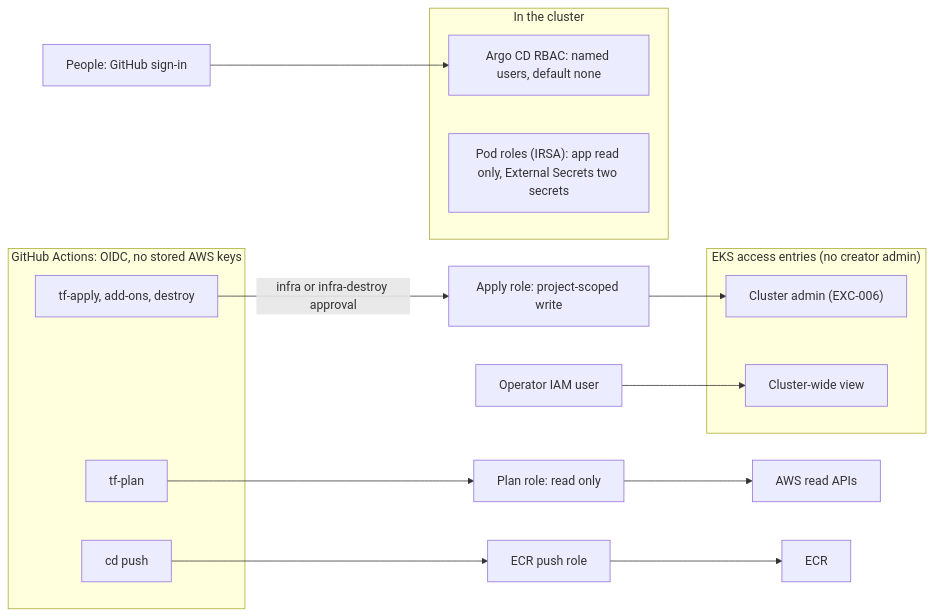
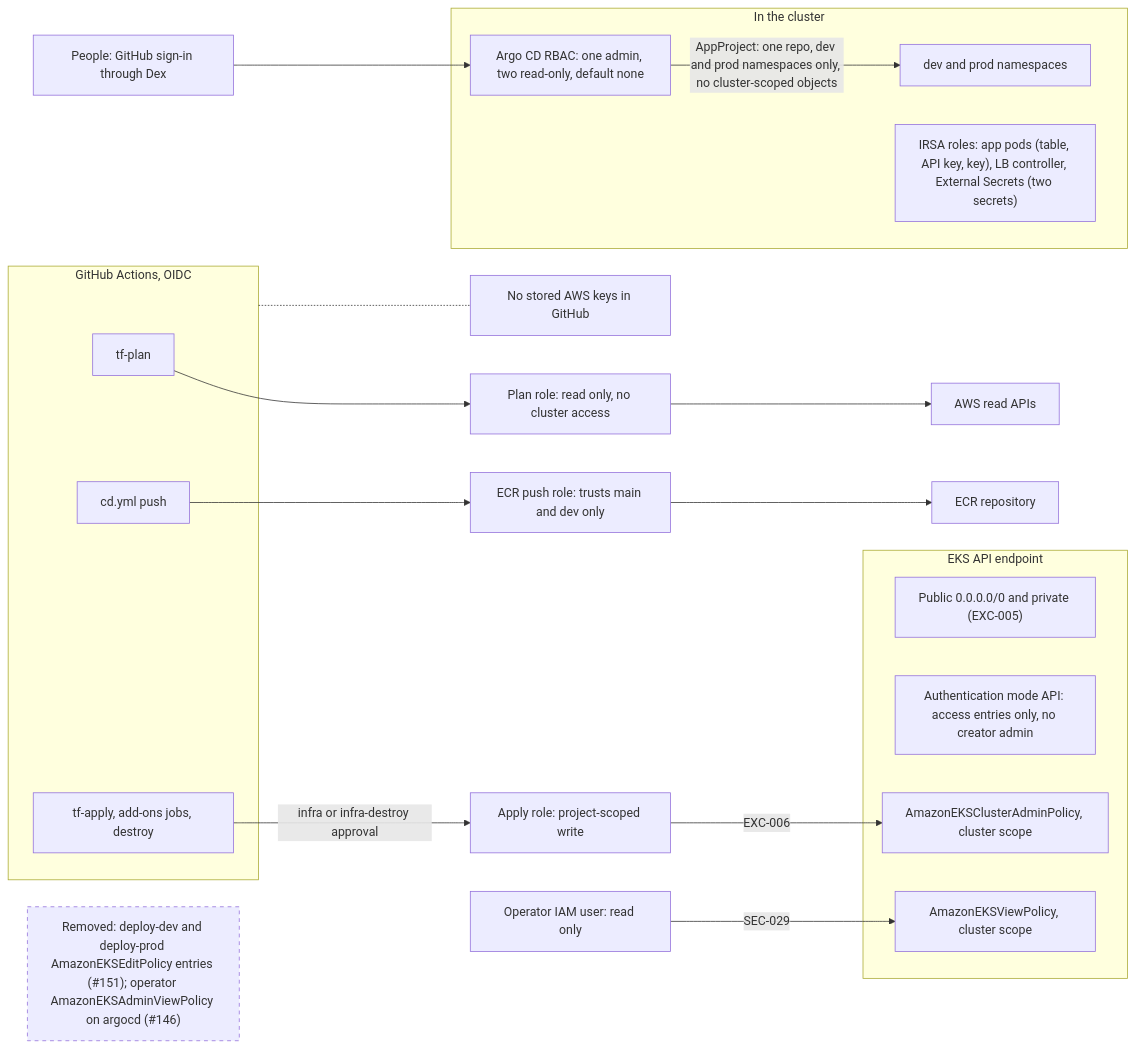
The fifth of 5 diagrams in docs/architecture.md (zeinhaidara/healthcare-eks-secops), drawn with Mermaid before and after one commit. The commit also changed other lines of this file and 2 other files, not shown here.

First line of the commit message:
docs: restore architecture detail and redraw diagrams to current state

````diff
--- a/docs/architecture.md
+++ b/docs/architecture.md
@@ -108,31 +156,40 @@
 ```mermaid
 flowchart LR
-    subgraph gha["GitHub Actions: OIDC, no stored AWS keys"]
+    subgraph gha["GitHub Actions, OIDC"]
         jplan["tf-plan"]
-        japply["tf-apply, add-ons, destroy"]
-        jpush["cd push"]
+        japply["tf-apply, add-ons jobs, destroy"]
+        jpush["cd.yml push"]
     end
 
-    planrole["Plan role: read only"]
+    keys["No stored AWS keys in GitHub"]
+    planrole["Plan role: read only, no cluster access"]
     applyrole["Apply role: project-scoped write"]
-    pushrole["ECR push role"]
-    operator["Operator IAM user"]
-    people["People: GitHub sign-in"]
+    pushrole["ECR push role: trusts main and dev only"]
+    operator["Operator IAM user: read only"]
+    people["People: GitHub sign-in through Dex"]
 
+    gha -.- keys
     jplan --> planrole --> awsread["AWS read APIs"]
     japply -- "infra or infra-destroy approval" --> applyrole
-    jpush --> pushrole --> ecr["ECR"]
+    jpush --> pushrole --> ecr["ECR repository"]
 
-    subgraph eksapi["EKS access entries (no creator admin)"]
-        admin["Cluster admin (EXC-006)"]
-        view["Cluster-wide view"]
+    subgraph eksapi["EKS API endpoint"]
+        ep["Public 0.0.0.0/0 and private (EXC-005)"]
+        authn["Authentication mode API: access entries only, no creator admin"]
+        admin["AmazonEKSClusterAdminPolicy, cluster scope"]
+        view["AmazonEKSViewPolicy, cluster scope"]
     end
-    applyrole --> admin
-    operator --> view
+    applyrole -- "EXC-006" --> admin
+    operator -- "SEC-029" --> view
+
+    removed["Removed: deploy-dev and deploy-prod AmazonEKSEditPolicy entries (#151); operator AmazonEKSAdminViewPolicy on argocd (#146)"]
+    style removed stroke-dasharray: 5 5
 
     subgraph cluster["In the cluster"]
-        argo["Argo CD RBAC: named users, default none"]
-        irsa["Pod roles (IRSA): app read only, External Secrets two secrets"]
+        argo["Argo CD RBAC: one admin, two read-only, default none"]
+        apps["dev and prod namespaces"]
+        irsa["IRSA roles: app pods (table, API key, key), LB controller, External Secrets (two secrets)"]
     end
     people --> argo
+    argo -- "AppProject: one repo, dev and prod namespaces only, no cluster-scoped objects" --> apps
 ```
````
